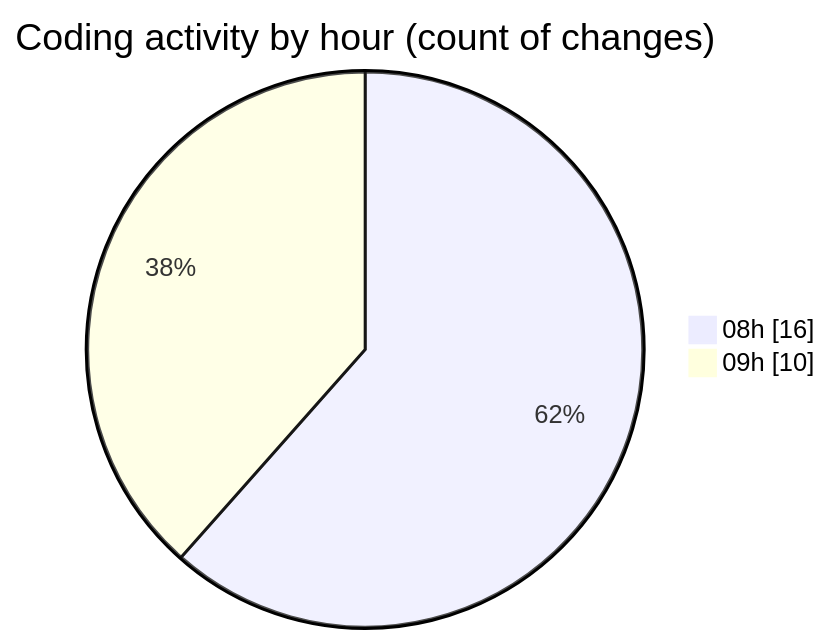
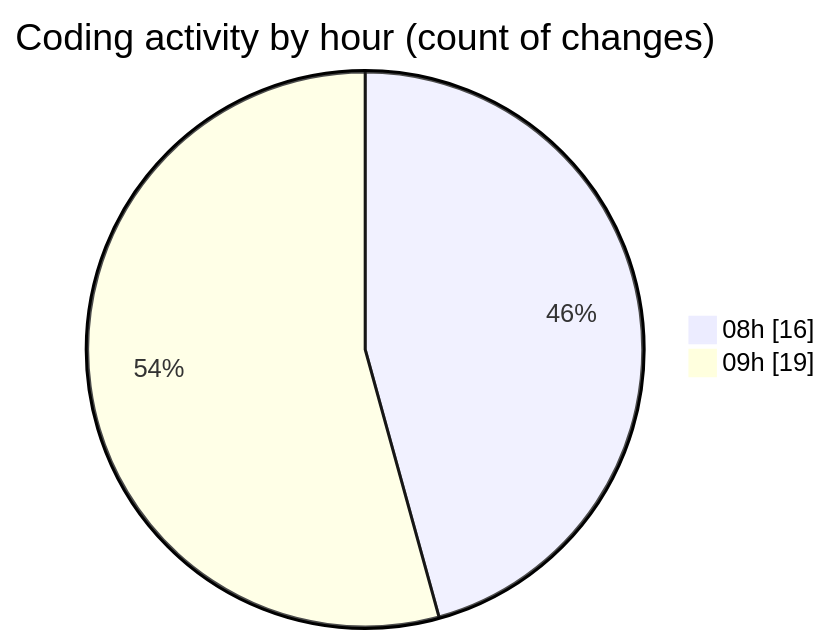
Before and after one commit to EIIisD/code-tracking: the second of 2 diagrams in 2025-07-25/cutler/README.md, drawn with Mermaid. The commit also changed other lines of this file and 1 other file, not shown here.

````diff
--- a/2025-07-25/cutler/README.md
+++ b/2025-07-25/cutler/README.md
@@ -39,6 +39,6 @@
 ```mermaid
 pie showData
 title Coding activity by hour (count of changes)
 "08h" : 16
-"09h" : 10
+"09h" : 19
 ```
````
